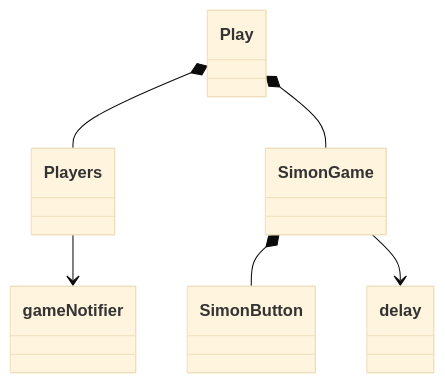
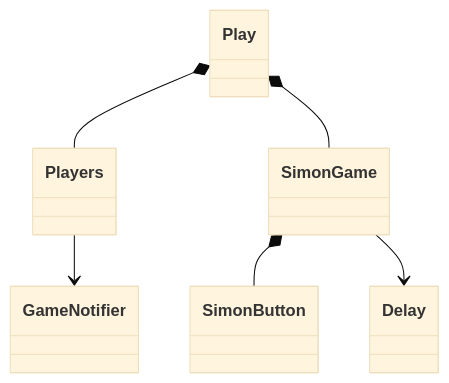
The first of 2 diagrams in instruction/simon/simonReact/simonReactP2.md (jclegg03/cs260v2), drawn with Mermaid (base theme) before and after one commit. The commit also changed other lines of this file, not shown here.

Commit message:
update(Simon React P2: Reactivity)

````diff
--- a/instruction/simon/simonReact/simonReactP2.md
+++ b/instruction/simon/simonReact/simonReactP2.md
@@ -72,10 +72,8 @@
 ```mermaid
 classDiagram
-  classDef default fill:#ffffff,stroke:#000000,color:#000000,stroke-width:1px;
-
   Play *-- Players
-  Players --> gameNotifier
+  Players --> GameNotifier
   Play *-- SimonGame
   SimonGame *-- SimonButton
-  SimonGame --> delay
+  SimonGame --> Delay
 ```
````
